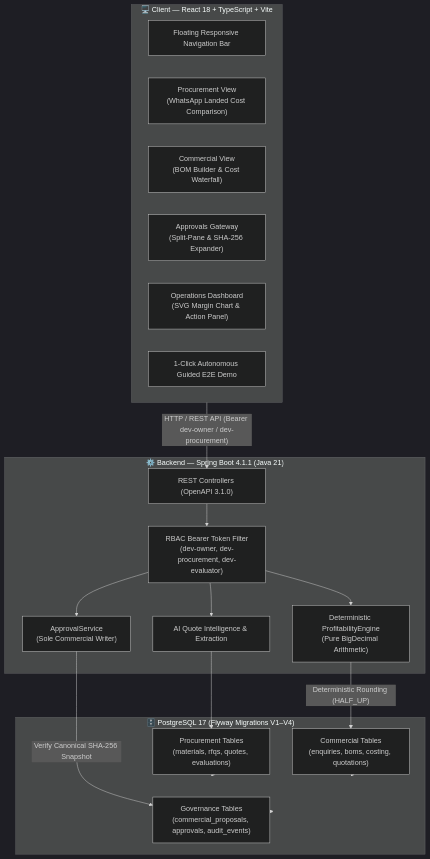
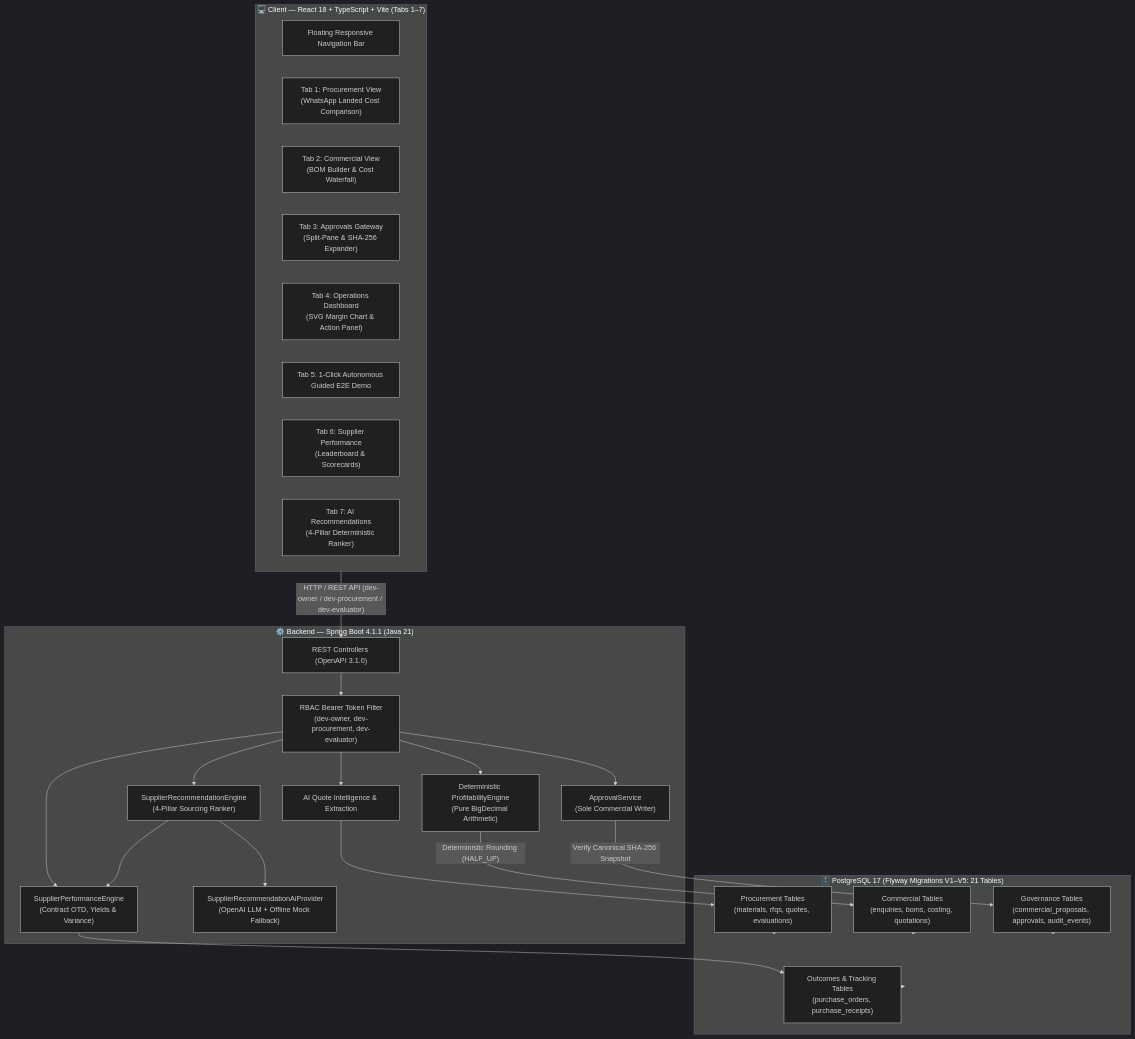
One commit to gopaljilab/GAVS-MUNIM changed the diagram in README.md. Above: the diagram before and after it, drawn with Mermaid (dark theme). The commit also changed other lines of this file and 5 other files, not shown here.

Commit message:
docs: update README with MUNIM V2 supplier intelligence & recommendations

````diff
--- a/README.md
+++ b/README.md
@@ -269,37 +351,49 @@
 ```mermaid
 graph TB
-    subgraph Client["🖥️ Client — React 18 + TypeScript + Vite"]
+    subgraph Client["🖥️ Client — React 18 + TypeScript + Vite (Tabs 1–7)"]
         NAV["Floating Responsive Navigation Bar"]
-        PROC["Procurement View\n(WhatsApp Landed Cost Comparison)"]
-        COMM["Commercial View\n(BOM Builder & Cost Waterfall)"]
-        APPR["Approvals Gateway\n(Split-Pane & SHA-256 Expander)"]
-        DASH["Operations Dashboard\n(SVG Margin Chart & Action Panel)"]
-        DEMO["1-Click Autonomous Guided E2E Demo"]
+        PROC["Tab 1: Procurement View\n(WhatsApp Landed Cost Comparison)"]
+        COMM["Tab 2: Commercial View\n(BOM Builder & Cost Waterfall)"]
+        APPR["Tab 3: Approvals Gateway\n(Split-Pane & SHA-256 Expander)"]
+        DASH["Tab 4: Operations Dashboard\n(SVG Margin Chart & Action Panel)"]
+        DEMO["Tab 5: 1-Click Autonomous Guided E2E Demo"]
+        SCORE["Tab 6: Supplier Performance\n(Leaderboard & Scorecards)"]
+        RECOM["Tab 7: AI Recommendations\n(4-Pillar Deterministic Ranker)"]
     end
 
     subgraph Backend["⚙️ Backend — Spring Boot 4.1.1 (Java 21)"]
         API["REST Controllers (OpenAPI 3.1.0)"]
         RBAC["RBAC Bearer Token Filter\n(dev-owner, dev-procurement, dev-evaluator)"]
         AI_EXT["AI Quote Intelligence & Extraction"]
         PE["Deterministic ProfitabilityEngine\n(Pure BigDecimal Arithmetic)"]
         APPR_SVC["ApprovalService\n(Sole Commercial Writer)"]
+        SPE["SupplierPerformanceEngine\n(Contract OTD, Yields & Variance)"]
+        SRE["SupplierRecommendationEngine\n(4-Pillar Sourcing Ranker)"]
+        AI_REC["SupplierRecommendationAiProvider\n(OpenAI LLM + Offline Mock Fallback)"]
     end
 
-    subgraph DB["🗄️ PostgreSQL 17 (Flyway Migrations V1–V4)"]
+    subgraph DB["🗄️ PostgreSQL 17 (Flyway Migrations V1–V5: 21 Tables)"]
         T_PROC["Procurement Tables\n(materials, rfqs, quotes, evaluations)"]
         T_COMM["Commercial Tables\n(enquiries, boms, costing, quotations)"]
         T_APPR["Governance Tables\n(commercial_proposals, approvals, audit_events)"]
+        T_OUTCOMES["Outcomes & Tracking Tables\n(purchase_orders, purchase_receipts)"]
     end
 
-    Client -->|"HTTP / REST API (Bearer dev-owner / dev-procurement)"| API
+    Client -->|"HTTP / REST API (dev-owner / dev-procurement / dev-evaluator)"| API
     API --> RBAC
     RBAC --> AI_EXT
     RBAC --> PE
     RBAC --> APPR_SVC
+    RBAC --> SPE
+    RBAC --> SRE
+    SRE --> AI_REC
     APPR_SVC -->|"Verify Canonical SHA-256 Snapshot"| T_APPR
     PE -->|"Deterministic Rounding (HALF_UP)"| T_COMM
     AI_EXT --> T_PROC
+    SPE --> T_OUTCOMES
+    SRE --> SPE
     T_PROC --> DB
     T_COMM --> DB
     T_APPR --> DB
+    T_OUTCOMES --> DB
 ```
````
